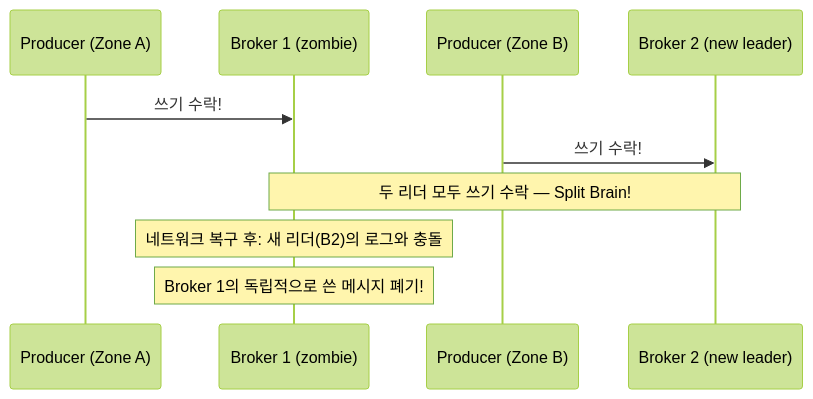
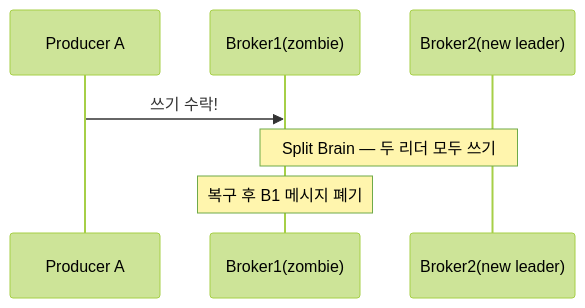
Before and after one commit to yjkim2015/yjkim2015.github.io: diagram 17 of 21 in _posts/kafka/2026-05-01-kafka-extreme-scenarios.md, drawn with Mermaid (forest theme). The commit also changed other lines of this file and 155 other files, not shown here.

First line of the commit message:
Mermaid 전면 수정: subgraph 제거, participant/노드/줄수 축소 (342블록)

````diff
--- a/_posts/kafka/2026-05-01-kafka-extreme-scenarios.md
+++ b/_posts/kafka/2026-05-01-kafka-extreme-scenarios.md
@@ -540,12 +526,9 @@
 ```mermaid
 sequenceDiagram
-    participant PA as Producer (Zone A)
-    participant B1 as Broker 1 (zombie)
-    participant PB as Producer (Zone B)
-    participant B2 as Broker 2 (new leader)
+    participant PA as Producer A
+    participant B1 as Broker1(zombie)
+    participant B2 as Broker2(new leader)
     PA->>B1: 쓰기 수락!
-    PB->>B2: 쓰기 수락!
-    Note over B1,B2: 두 리더 모두 쓰기 수락 — Split Brain!
-    Note over B1: 네트워크 복구 후: 새 리더(B2)의 로그와 충돌
-    Note over B1: Broker 1의 독립적으로 쓴 메시지 폐기!
+    Note over B1,B2: Split Brain — 두 리더 모두 쓰기
+    Note over B1: 복구 후 B1 메시지 폐기
 ```
````
